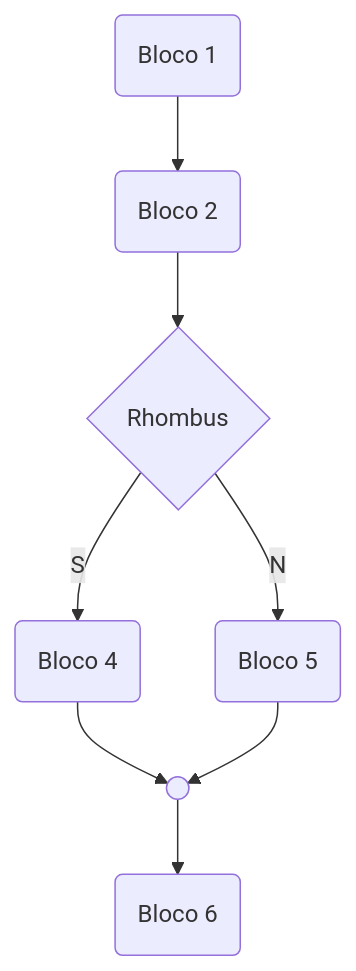
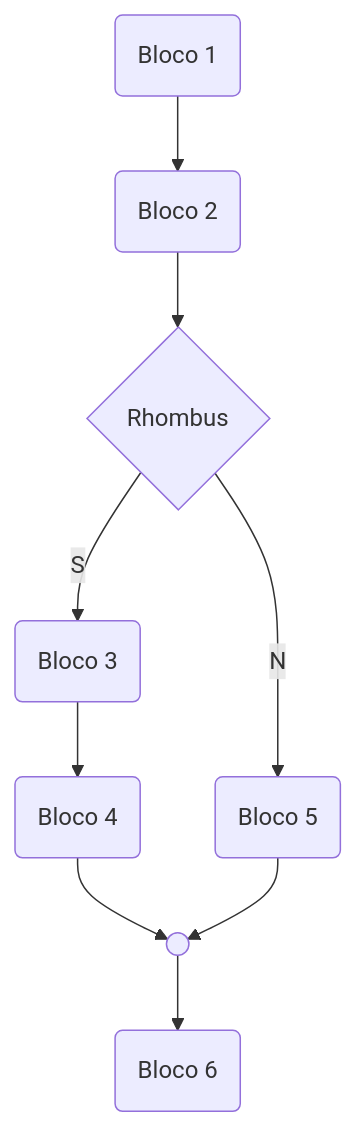
Before and after one commit to ifbasaj/markdown_presentation_vscode: the second of 2 diagrams in presentation.md, drawn with Mermaid.

````diff
--- a/presentation.md
+++ b/presentation.md
@@ -57,10 +57,15 @@
 ```mermaid
 graph TD
 A(Bloco 1) --> C(Bloco 2)
 C --> D{Rhombus}
-D --S--> E(Bloco 4)
-D --N--> F(Bloco 5)
-E-->G(( ))
-F-->G(( ))
+
+    D --S--> E(Bloco 3)
+    E --> I(Bloco 4)
+    I-->G(( ))
+
+
+    D --N--> F(Bloco 5)
+    F-->G(( ))
+
 G(( ))-->H(Bloco 6)
 ```
````
